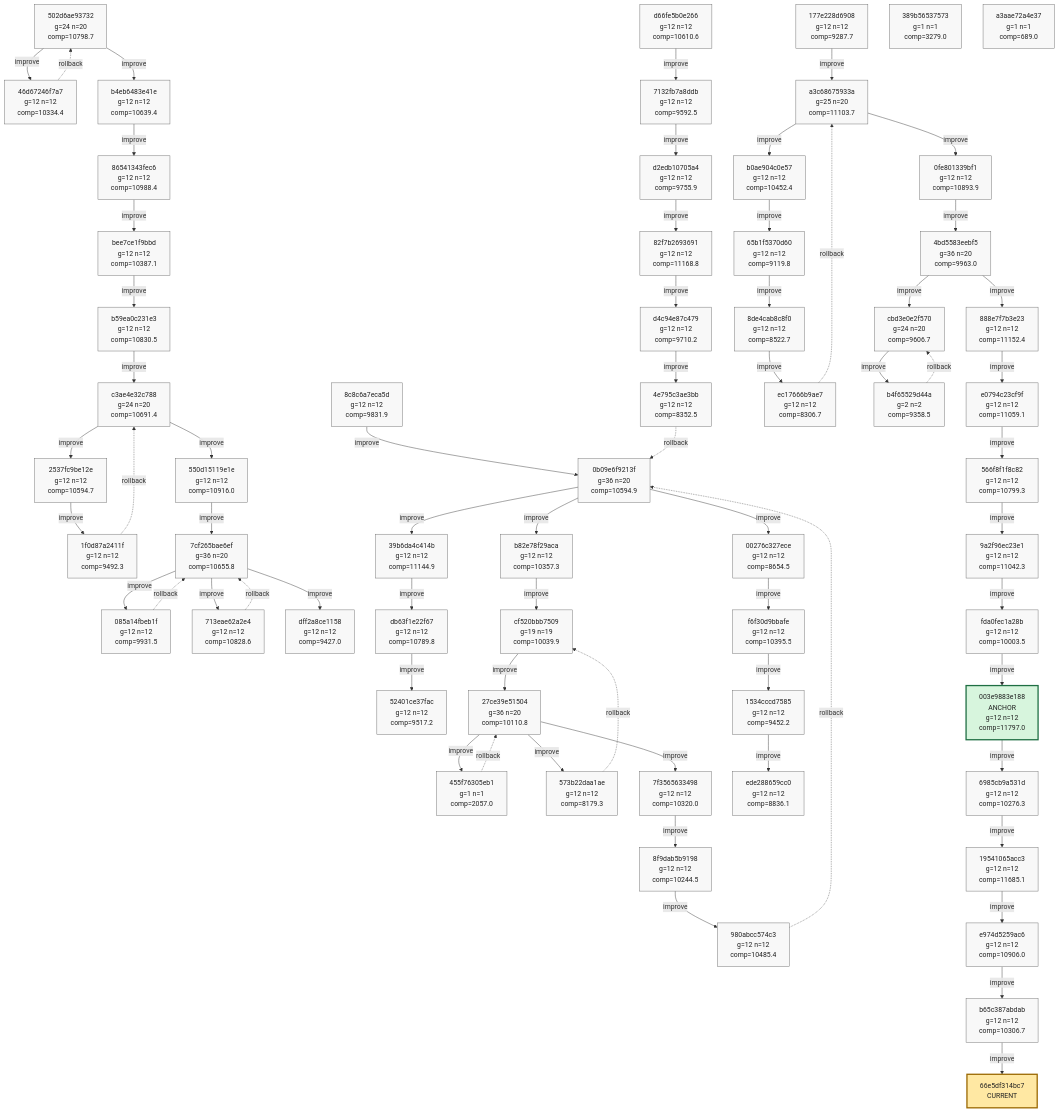
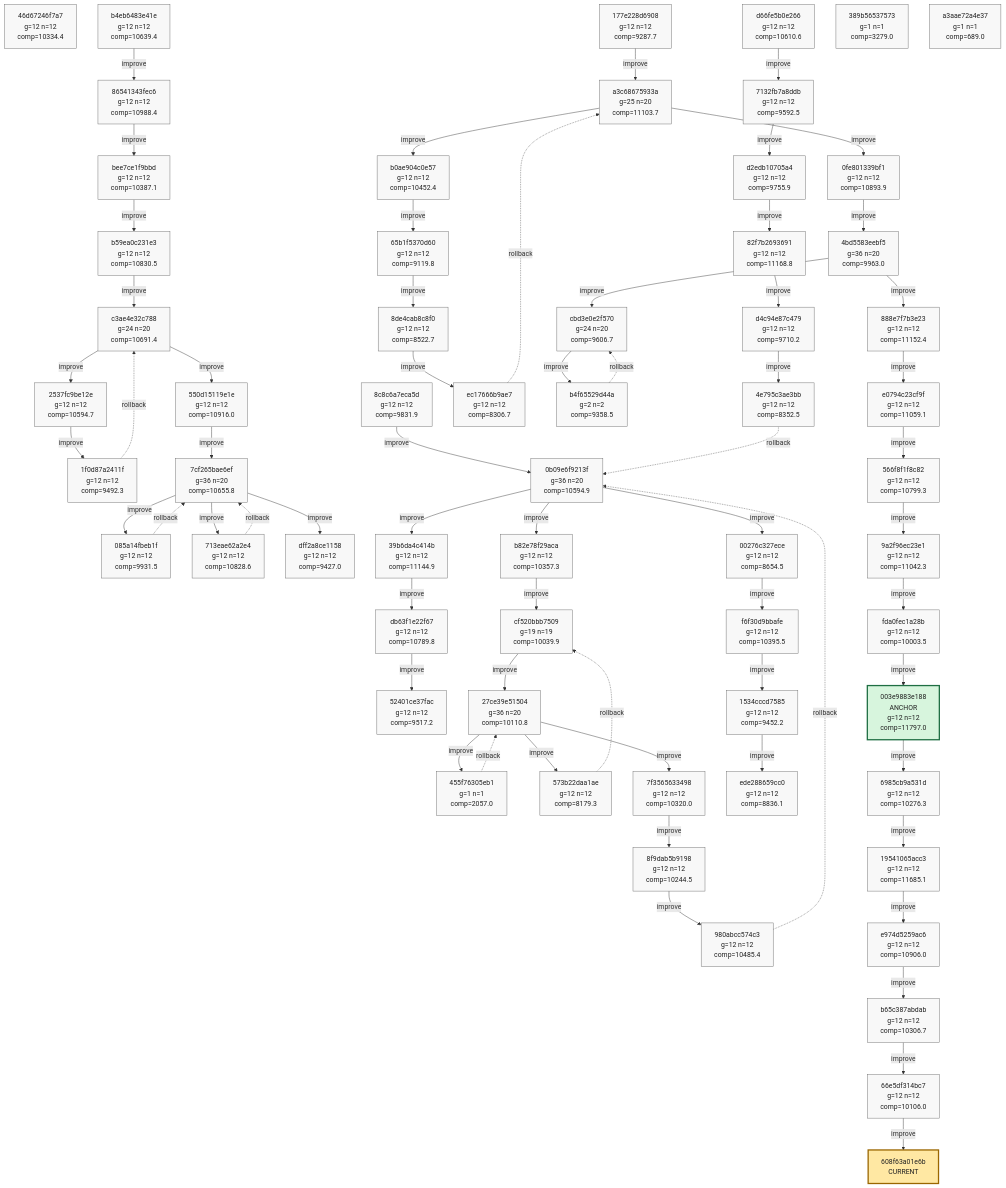
The first of 10 diagrams in phyrogenetic-tree.md (azumag/soviet_now), drawn with Mermaid before and after one commit. The commit also changed other lines of this file and 2 other files, not shown here.

Commit message:
eloop Improve after 12 games (scores: 10994 10103 11330 4162 17101 7372 9284 17765 8009 10684 14356 11813)

````diff
--- a/phyrogenetic-tree.md
+++ b/phyrogenetic-tree.md
@@ -16,6 +16,5 @@
 ```mermaid
 flowchart TD
-    h_502d6ae93732["502d6ae93732<br/>g=24 n=20<br/>comp=10798.7"]
     h_46d67246f7a7["46d67246f7a7<br/>g=12 n=12<br/>comp=10334.4"]
     h_b4eb6483e41e["b4eb6483e41e<br/>g=12 n=12<br/>comp=10639.4"]
     h_86541343fec6["86541343fec6<br/>g=12 n=12<br/>comp=10988.4"]
@@ -72,13 +71,11 @@
     h_19541065acc3["19541065acc3<br/>g=12 n=12<br/>comp=11685.1"]
     h_e974d5259ac6["e974d5259ac6<br/>g=12 n=12<br/>comp=10906.0"]
     h_b65c387abdab["b65c387abdab<br/>g=12 n=12<br/>comp=10306.7"]
+    h_66e5df314bc7["66e5df314bc7<br/>g=12 n=12<br/>comp=10106.0"]
     h_389b56537573["389b56537573<br/>g=1 n=1<br/>comp=3279.0"]
     h_a3aae72a4e37["a3aae72a4e37<br/>g=1 n=1<br/>comp=689.0"]
-    h_66e5df314bc7["66e5df314bc7<br/>CURRENT"]
+    h_608f63a01e6b["608f63a01e6b<br/>CURRENT"]
 
-    h_502d6ae93732 -->|improve| h_46d67246f7a7
-    h_46d67246f7a7 -. rollback .-> h_502d6ae93732
-    h_502d6ae93732 -->|improve| h_b4eb6483e41e
     h_b4eb6483e41e -->|improve| h_86541343fec6
     h_86541343fec6 -->|improve| h_bee7ce1f9bbd
     h_bee7ce1f9bbd -->|improve| h_b59ea0c231e3
@@ -140,13 +137,13 @@
     h_19541065acc3 -->|improve| h_e974d5259ac6
     h_e974d5259ac6 -->|improve| h_b65c387abdab
     h_b65c387abdab -->|improve| h_66e5df314bc7
+    h_66e5df314bc7 -->|improve| h_608f63a01e6b
 
     classDef plain fill:#f8f8f8,stroke:#666,stroke-width:1px,color:#222;
     classDef current fill:#ffe8a3,stroke:#9a6700,stroke-width:3px,color:#222;
     classDef anchor fill:#d7f5dd,stroke:#1f6f43,stroke-width:3px,color:#222;
     classDef current_anchor fill:#f3e4a8,stroke:#1f6f43,stroke-width:4px,color:#222;
 
-    class h_502d6ae93732 plain;
     class h_46d67246f7a7 plain;
     class h_b4eb6483e41e plain;
     class h_86541343fec6 plain;
@@ -203,7 +200,8 @@
     class h_19541065acc3 plain;
     class h_e974d5259ac6 plain;
     class h_b65c387abdab plain;
+    class h_66e5df314bc7 plain;
     class h_389b56537573 plain;
     class h_a3aae72a4e37 plain;
-    class h_66e5df314bc7 current;
+    class h_608f63a01e6b current;
 ```
````
